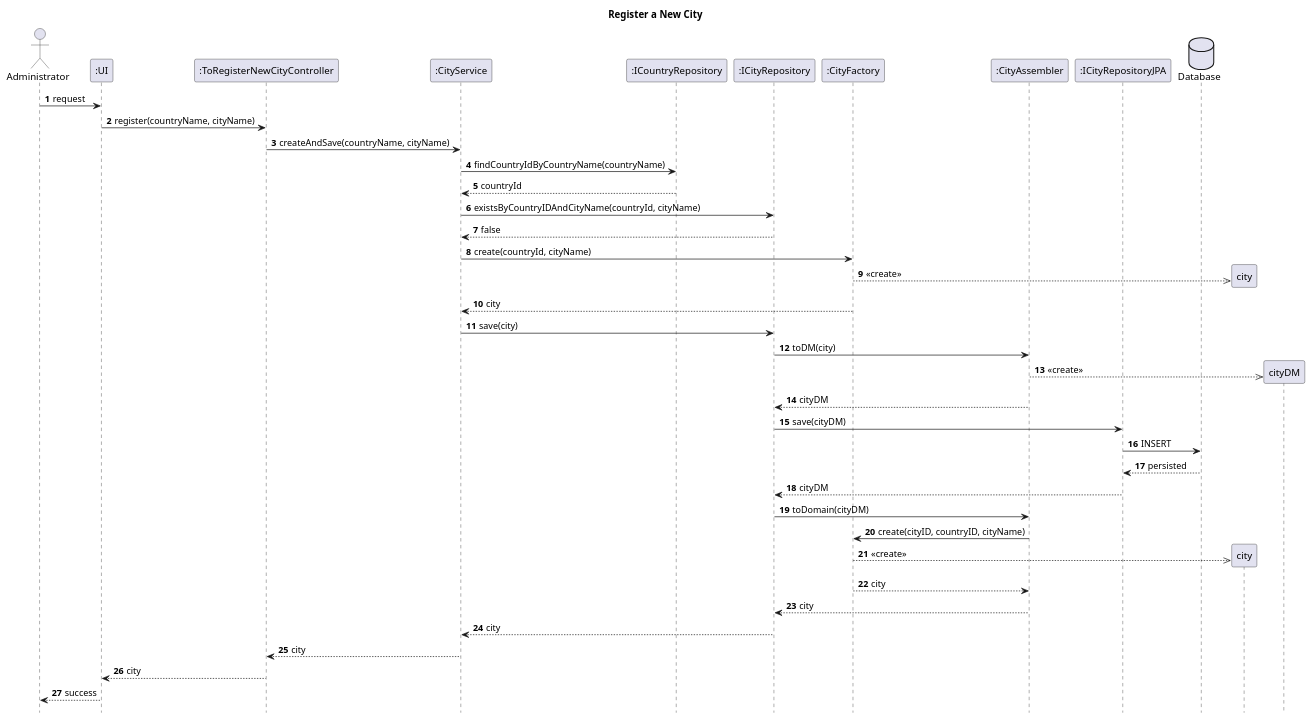
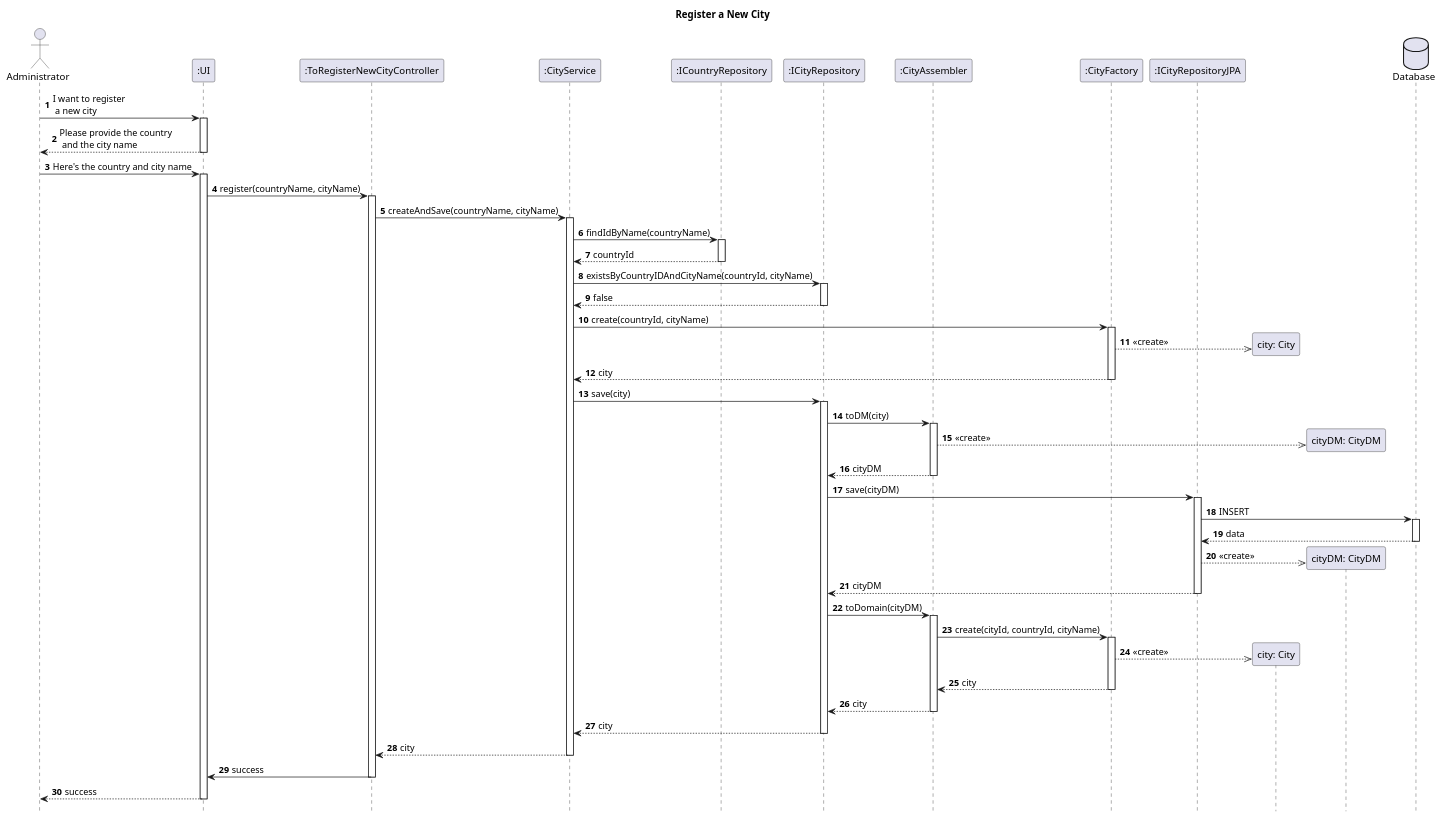
One commit to AndrePereiraGitH/SWitCH-Project-Team_A changed the diagram in Diagrams/SequenceDiagrams/N2/To-register-new-city-in-the-system.puml. Above: the diagram before and after it, drawn with PlantUML. The commit also changed 21 other files, not shown here.

```diff
--- a/Diagrams/SequenceDiagrams/N2/To-register-new-city-in-the-system.puml
+++ b/Diagrams/SequenceDiagrams/N2/To-register-new-city-in-the-system.puml
@@ -1,57 +1,100 @@
 @startuml
 
 autonumber
 hide footbox
 title Register a New City
 
 actor Administrator
 participant ":UI" as UI
 participant ":ToRegisterNewCityController" as Controller
 participant ":CityService" as Service
 participant ":ICountryRepository" as CountryRepository
 participant ":ICityRepository" as CityRepository
+participant ":CityAssembler" as Assembler
 participant ":CityFactory" as Factory
-participant ":CityAssembler" as Assembler
 participant ":ICityRepositoryJPA" as JPA
+participant "city: City" as city
+participant "cityDM: CityDM" as cityDM
 database "Database" as DB
 
-Administrator -> UI : request
+Administrator -> UI : I want to register \n a new city
+activate UI
+UI --> Administrator : Please provide the country \n and the city name
+deactivate UI
+
+Administrator -> UI: Here's the country and city name
+activate UI
 UI -> Controller : register(countryName, cityName)
 
+
+activate Controller
 Controller -> Service : createAndSave(countryName, cityName)
+activate Service
 
-Service -> CountryRepository : findCountryIdByCountryName(countryName)
+Service -> CountryRepository : findIdByName(countryName)
+activate CountryRepository
 CountryRepository --> Service : countryId
 
+deactivate CountryRepository
+
+
 Service -> CityRepository : existsByCountryIDAndCityName(countryId, cityName)
+activate CityRepository
 CityRepository --> Service : false
+deactivate CityRepository
+
 
 Service -> Factory : create(countryId, cityName)
+activate Factory
 Factory -->> city** : <<create>>
 Factory --> Service : city
+deactivate Factory
 
 Service -> CityRepository : save(city)
 
+activate CityRepository
+
 CityRepository -> Assembler : toDM(city)
+activate Assembler
+
 Assembler -->> cityDM** : <<create>>
 Assembler --> CityRepository : cityDM
+deactivate Assembler
 
 CityRepository -> JPA : save(cityDM)
+activate JPA
+
 JPA -> DB : INSERT
-DB --> JPA : persisted
+activate DB
+DB --> JPA : data
+deactivate DB
+
+JPA -->> cityDM** : <<create>>
 JPA --> CityRepository : cityDM
+deactivate JPA
 
 CityRepository -> Assembler : toDomain(cityDM)
+activate Assembler
 
-Assembler -> Factory : create(cityID, countryID, cityName)
+Assembler -> Factory : create(cityId, countryId, cityName)
+activate Factory
 Factory -->> city** : <<create>>
 Factory --> Assembler : city
+deactivate Factory
 
 Assembler --> CityRepository : city
+deactivate Assembler
 
 CityRepository --> Service : city
+deactivate CityRepository
+
 Service --> Controller : city
-Controller --> UI : city
+deactivate Service
+
+Controller -> UI : success
+deactivate Controller
 UI --> Administrator : success
+deactivate UI
+deactivate Controller
 
 @enduml
```
